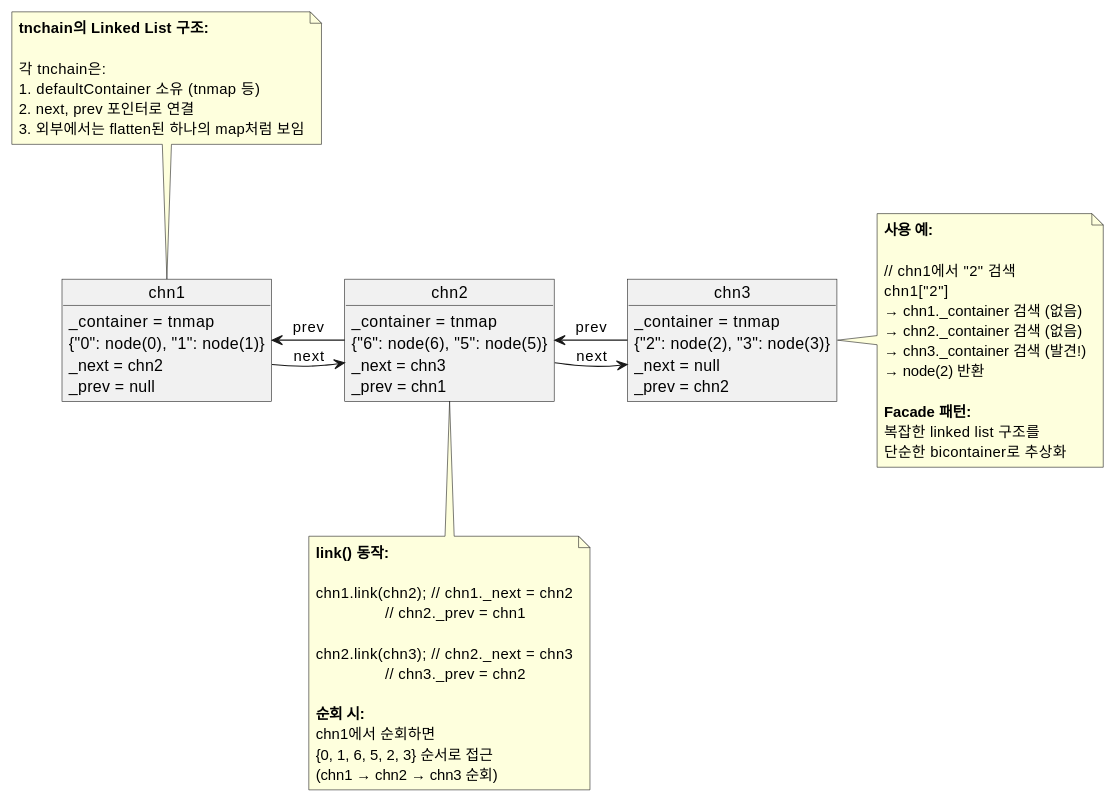
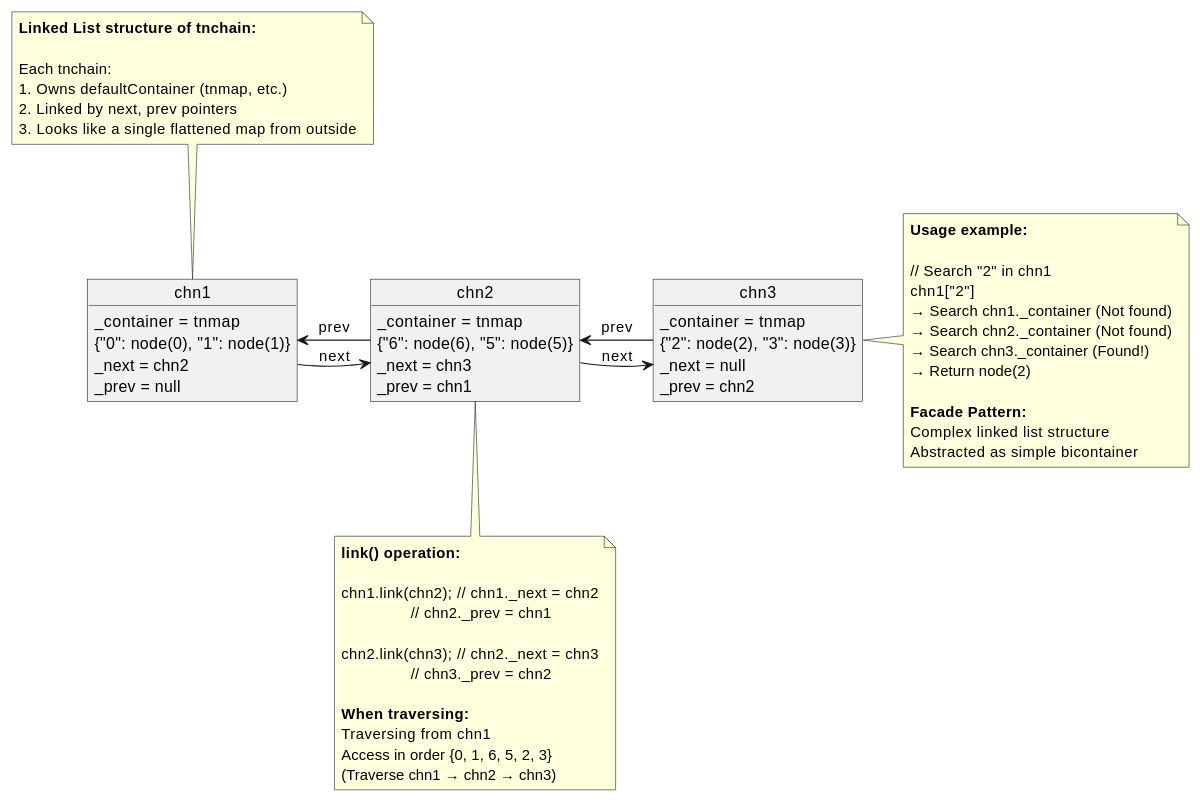
One commit to byeolang/byeol changed the seventh of 19 diagrams in doc/ref/ko/ai-architecture-core.md. Above: the diagram before and after it, drawn with PlantUML. The commit also changed other lines of this file, not shown here.

Commit message:
doc(core): translate english in plantuml to korean

```diff
--- a/doc/ref/ko/ai-architecture-core.md
+++ b/doc/ref/ko/ai-architecture-core.md
@@ -1659,67 +1659,67 @@
 @startuml
+
 object "chn1" as chn1 {
     _container = tnmap
     {"0": node(0), "1": node(1)}
     _next = chn2
     _prev = null
 }
 
 object "chn2" as chn2 {
     _container = tnmap
     {"6": node(6), "5": node(5)}
     _next = chn3
     _prev = chn1
 }
 
 object "chn3" as chn3 {
     _container = tnmap
     {"2": node(2), "3": node(3)}
     _next = null
     _prev = chn2
 }
 
 note top of chn1
-  <b>tnchain의 Linked List 구조:</b>
+  <b>Linked List structure of tnchain:</b>
 
-  각 tnchain은:
-  1. defaultContainer 소유 (tnmap 등)
-  2. next, prev 포인터로 연결
-  3. 외부에서는 flatten된 하나의 map처럼 보임
+  Each tnchain:
+  1. Owns defaultContainer (tnmap, etc.)
+  2. Linked by next, prev pointers
+  3. Looks like a single flattened map from outside
 end note
 
 note bottom of chn2
-  <b>link() 동작:</b>
+  <b>link() operation:</b>
 
   chn1.link(chn2);  // chn1._next = chn2
                     // chn2._prev = chn1
 
   chn2.link(chn3);  // chn2._next = chn3
                     // chn3._prev = chn2
 
-  <b>순회 시:</b>
-  chn1에서 순회하면
-  {0, 1, 6, 5, 2, 3} 순서로 접근
-  (chn1 → chn2 → chn3 순회)
+  <b>When traversing:</b>
+  Traversing from chn1
+  Access in order {0, 1, 6, 5, 2, 3}
+  (Traverse chn1 → chn2 → chn3)
 end note
 
 note right of chn3
-  <b>사용 예:</b>
+  <b>Usage example:</b>
 
-  // chn1에서 "2" 검색
+  // Search "2" in chn1
   chn1["2"]
-  → chn1._container 검색 (없음)
-  → chn2._container 검색 (없음)
-  → chn3._container 검색 (발견!)
-  → node(2) 반환
+  → Search chn1._container (Not found)
+  → Search chn2._container (Not found)
+  → Search chn3._container (Found!)
+  → Return node(2)
 
-  <b>Facade 패턴:</b>
-  복잡한 linked list 구조를
-  단순한 bicontainer로 추상화
+  <b>Facade Pattern:</b>
+  Complex linked list structure
+  Abstracted as simple bicontainer
 end note
 
 chn1 -right-> chn2 : next
 chn2 -right-> chn3 : next
 chn2 -left-> chn1 : prev
 chn3 -left-> chn2 : prev
-
 @enduml
```
